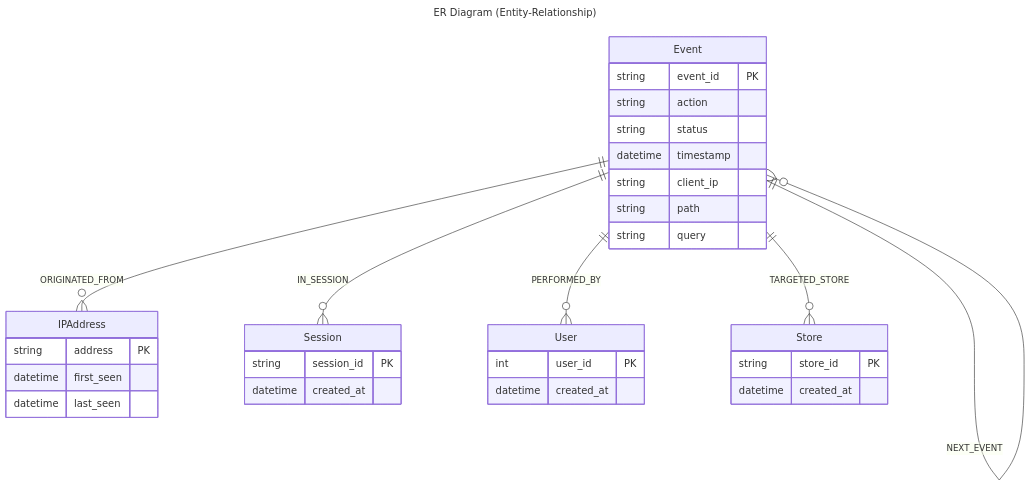
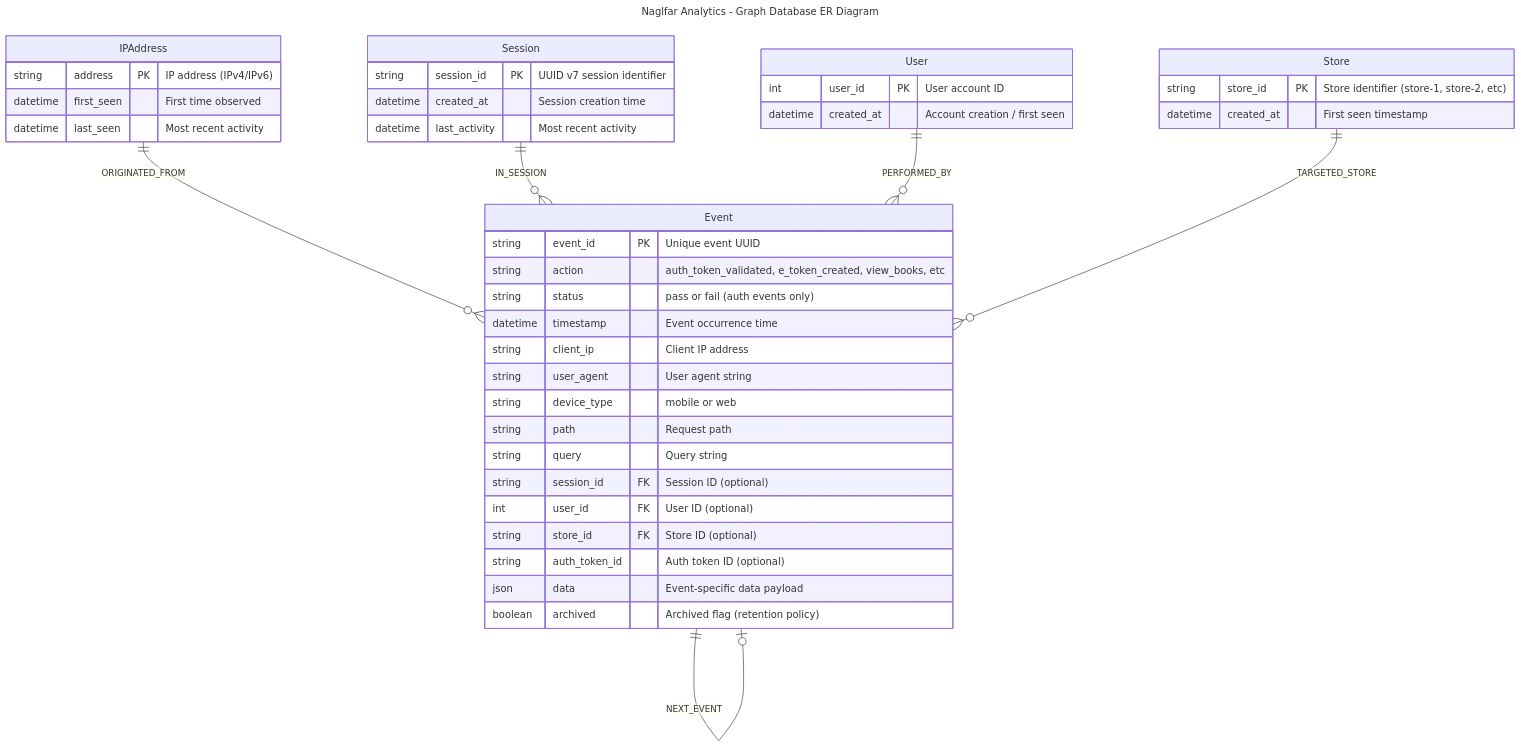
One commit to ik-workshop/naglfar-analytics changed the diagram in docs/assets/diagrams/graph-relationships/er.mmd. Above: the diagram before and after it, drawn with Mermaid. The commit also changed 5 other files, not shown here.

Commit message:
update diagrams

```diff
--- a/docs/assets/diagrams/graph-relationships/er.mmd
+++ b/docs/assets/diagrams/graph-relationships/er.mmd
@@ -1,41 +1,50 @@
 ---
-title: ER Diagram (Entity-Relationship)
-description:
+title: Naglfar Analytics - Graph Database ER Diagram
+description: Event-centric model for abuse detection. Events connect to identity entities (IP, Session, User, Store).
 ---
 erDiagram
-    Event ||--o{ IPAddress : ORIGINATED_FROM
-    Event ||--o{ Session : IN_SESSION
-    Event ||--o{ User : PERFORMED_BY
-    Event ||--o{ Store : TARGETED_STORE
-    Event ||--o{ Event : NEXT_EVENT
+    IPAddress ||--o{ Event : "ORIGINATED_FROM"
+    Session ||--o{ Event : "IN_SESSION"
+    User ||--o{ Event : "PERFORMED_BY"
+    Store ||--o{ Event : "TARGETED_STORE"
+    Event ||--o| Event : "NEXT_EVENT"
 
     Event {
-        string event_id PK
-        string action
-        string status
-        datetime timestamp
-        string client_ip
-        string path
-        string query
+        string event_id PK "Unique event UUID"
+        string action "auth_token_validated, e_token_created, view_books, etc"
+        string status "pass or fail (auth events only)"
+        datetime timestamp "Event occurrence time"
+        string client_ip "Client IP address"
+        string user_agent "User agent string"
+        string device_type "mobile or web"
+        string path "Request path"
+        string query "Query string"
+        string session_id FK "Session ID (optional)"
+        int user_id FK "User ID (optional)"
+        string store_id FK "Store ID (optional)"
+        string auth_token_id "Auth token ID (optional)"
+        json data "Event-specific data payload"
+        boolean archived "Archived flag (retention policy)"
     }
 
     IPAddress {
-        string address PK
-        datetime first_seen
-        datetime last_seen
+        string address PK "IP address (IPv4/IPv6)"
+        datetime first_seen "First time observed"
+        datetime last_seen "Most recent activity"
     }
 
     Session {
-        string session_id PK
-        datetime created_at
+        string session_id PK "UUID v7 session identifier"
+        datetime created_at "Session creation time"
+        datetime last_activity "Most recent activity"
     }
 
     User {
-        int user_id PK
-        datetime created_at
+        int user_id PK "User account ID"
+        datetime created_at "Account creation / first seen"
     }
 
     Store {
-        string store_id PK
-        datetime created_at
+        string store_id PK "Store identifier (store-1, store-2, etc)"
+        datetime created_at "First seen timestamp"
     }
```
